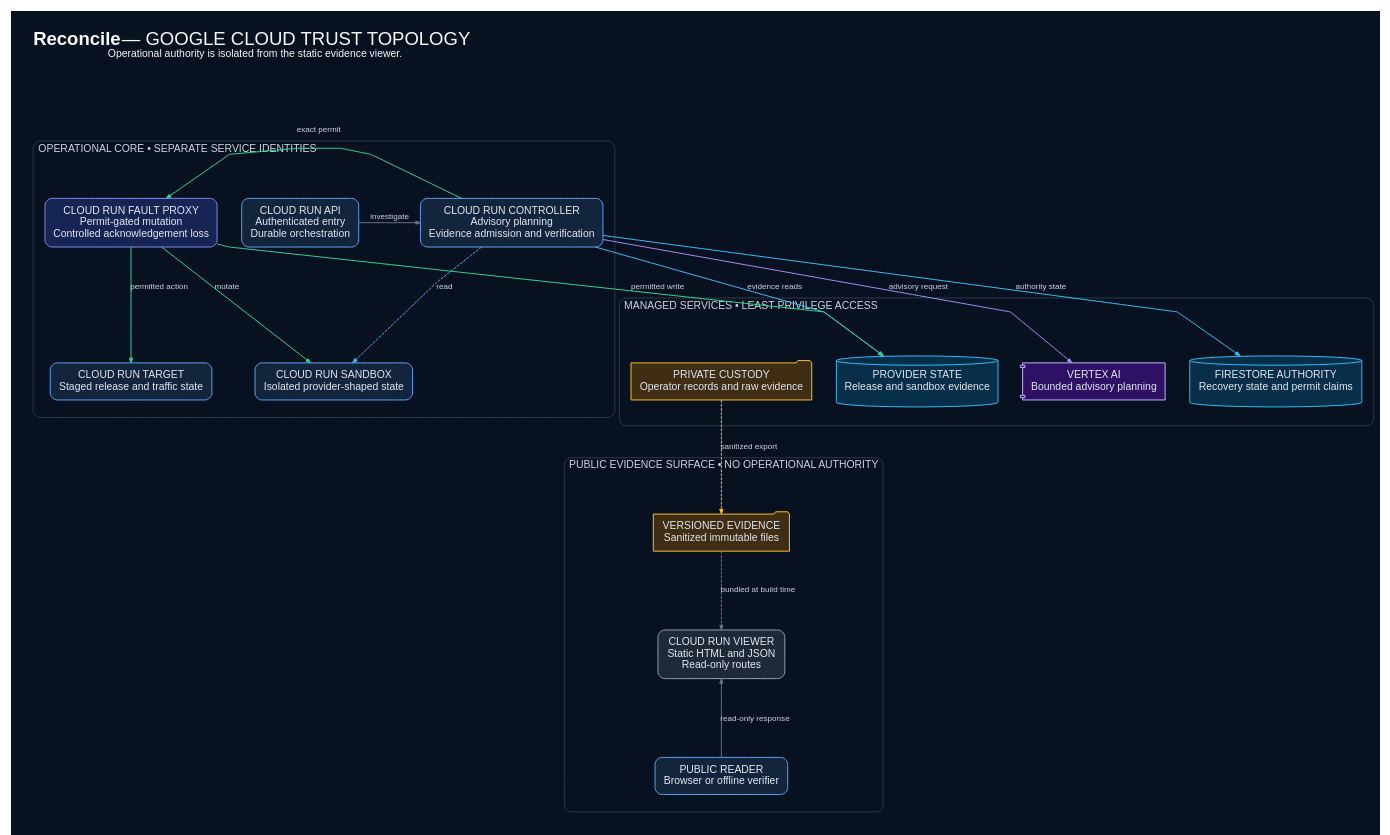
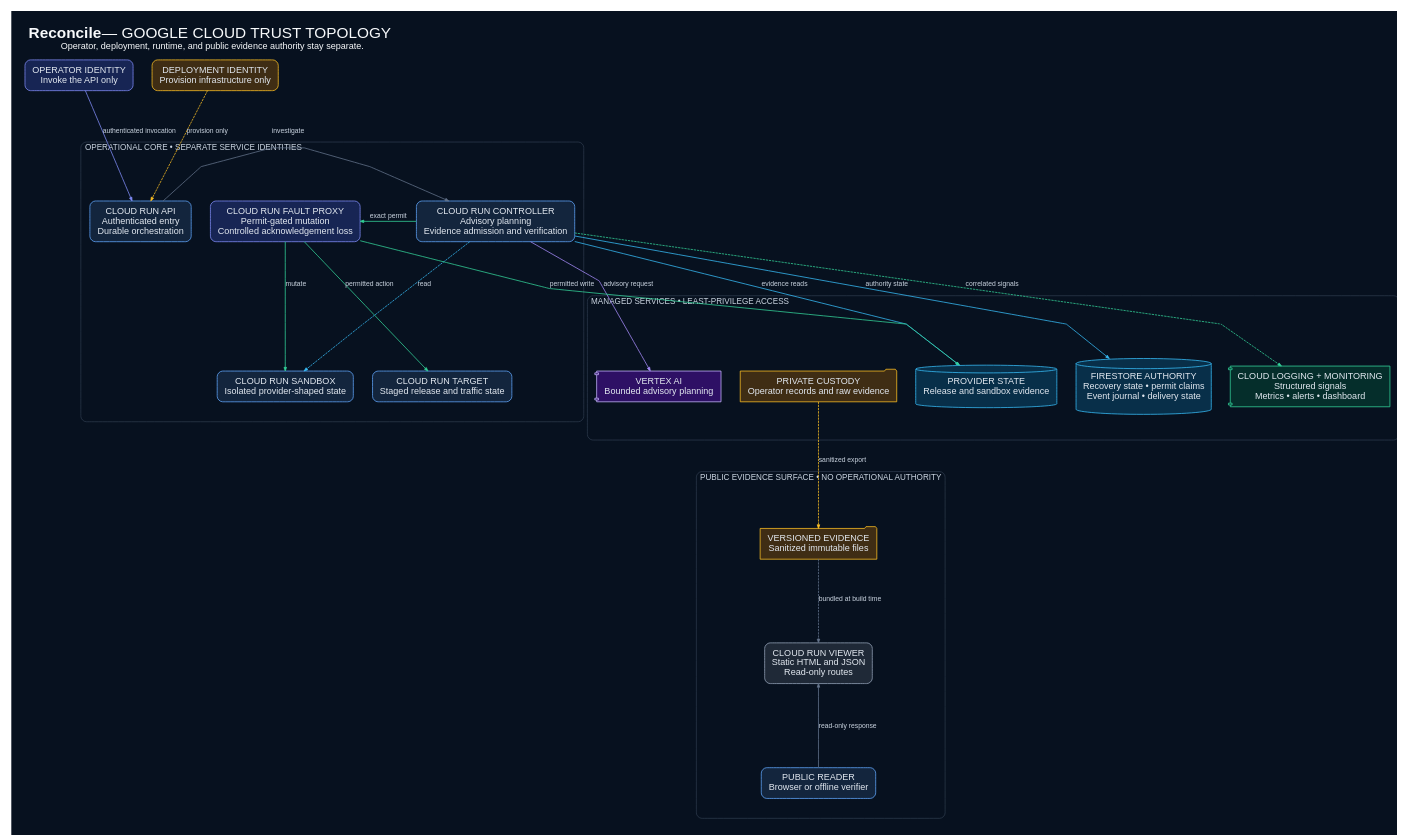
The diagram in docs/deployment.dot (OCHOLA-EDDYPHIL/reconcile), drawn with Graphviz before and after one commit. The commit also changed 21 other files, not shown here.

```diff
--- a/docs/deployment.dot
+++ b/docs/deployment.dot
@@ -1,137 +1,159 @@
 digraph ReconcileDeployment {
   graph [
     bgcolor="#07111f",
     fontname="Liberation Sans",
-    label=<<FONT POINT-SIZE="32"><B>Reconcile</B> — GOOGLE CLOUD TRUST TOPOLOGY</FONT><BR/><FONT POINT-SIZE="18">Operational authority is isolated from the static evidence viewer.</FONT>>,
+    label=<<FONT POINT-SIZE="34"><B>Reconcile</B> — GOOGLE CLOUD TRUST TOPOLOGY</FONT><BR/><FONT POINT-SIZE="20">Operator, deployment, runtime, and public evidence authority stay separate.</FONT>>,
     labelloc="t",
     labeljust="l",
     fontcolor="#f8fafc",
     pad=0.42,
     rankdir=TB,
     ranksep=1.18,
     nodesep=0.58,
     newrank=true,
     ratio=fill,
     size="14.3,8.0!",
     splines=polyline,
     compound=true
   ];
   node [
     shape=box,
     style="rounded,filled",
     fontname="Liberation Sans",
-    fontsize=18,
+    fontsize=20,
     fontcolor="#e2e8f0",
     color="#60a5fa",
     fillcolor="#13253d",
     margin="0.22,0.17",
     penwidth=1.7
   ];
   edge [
     fontname="Liberation Sans",
-    fontsize=14,
+    fontsize=15,
     fontcolor="#cbd5e1",
     color="#64748b",
     arrowsize=0.80,
     penwidth=1.7
+  ];
+
+  operator [
+    label="OPERATOR IDENTITY\nInvoke the API only",
+    fillcolor="#172554",
+    color="#818cf8"
+  ];
+  deployer [
+    label="DEPLOYMENT IDENTITY\nProvision infrastructure only",
+    fillcolor="#3f2d14",
+    color="#fbbf24"
   ];
 
   subgraph cluster_core {
     label="OPERATIONAL CORE • SEPARATE SERVICE IDENTITIES";
     fontname="Liberation Sans";
     fontsize=18;
     fontcolor="#cbd5e1";
     color="#475569";
     style="rounded";
     margin=20;
 
     api [label="CLOUD RUN API\nAuthenticated entry\nDurable orchestration"];
     controller [
       label="CLOUD RUN CONTROLLER\nAdvisory planning\nEvidence admission and verification"
     ];
     proxy [
       label="CLOUD RUN FAULT PROXY\nPermit-gated mutation\nControlled acknowledgement loss",
       fillcolor="#172554",
       color="#818cf8"
     ];
     target [label="CLOUD RUN TARGET\nStaged release and traffic state"];
     sandbox [label="CLOUD RUN SANDBOX\nIsolated provider-shaped state"];
 
     { rank=same; api; controller; proxy; }
     { rank=same; target; sandbox; }
     api -> controller [label="investigate"];
     controller -> proxy [label="exact permit", color="#34d399"];
     proxy -> target [label="permitted action", color="#34d399"];
     controller -> sandbox [label="read", style=dashed, color="#38bdf8"];
     proxy -> sandbox [label="mutate", color="#34d399"];
   }
 
   subgraph cluster_data {
     label="MANAGED SERVICES • LEAST-PRIVILEGE ACCESS";
     fontname="Liberation Sans";
     fontsize=18;
     fontcolor="#cbd5e1";
     color="#475569";
     style="rounded";
     margin=20;
 
     vertex [
       label="VERTEX AI\nBounded advisory planning",
       shape=component,
       fillcolor="#2e1065",
       color="#c4b5fd"
     ];
     authority [
-      label="FIRESTORE AUTHORITY\nRecovery state and permit claims",
+      label="FIRESTORE AUTHORITY\nRecovery state • permit claims\nEvent journal • delivery state",
       shape=cylinder,
       fillcolor="#082f49",
       color="#38bdf8"
     ];
     provider_state [
       label="PROVIDER STATE\nRelease and sandbox evidence",
       shape=cylinder,
       fillcolor="#082f49",
       color="#38bdf8"
     ];
     custody [
       label="PRIVATE CUSTODY\nOperator records and raw evidence",
       shape=folder,
       fillcolor="#3f2d14",
       color="#fbbf24"
     ];
+    observability [
+      label="CLOUD LOGGING + MONITORING\nStructured signals\nMetrics • alerts • dashboard",
+      shape=component,
+      fillcolor="#052e2b",
+      color="#34d399"
+    ];
 
-    { rank=same; authority; vertex; provider_state; custody; }
+    { rank=same; authority; vertex; provider_state; }
+    { rank=same; custody; observability; }
   }
 
   subgraph cluster_public {
     label="PUBLIC EVIDENCE SURFACE • NO OPERATIONAL AUTHORITY";
     fontname="Liberation Sans";
     fontsize=18;
     fontcolor="#cbd5e1";
     color="#475569";
     style="rounded";
     margin=20;
 
     versioned [
       label="VERSIONED EVIDENCE\nSanitized immutable files",
       shape=folder,
       fillcolor="#3f2d14",
       color="#fbbf24"
     ];
     viewer [
       label="CLOUD RUN VIEWER\nStatic HTML and JSON\nRead-only routes",
       fillcolor="#1f2937",
       color="#94a3b8"
     ];
     public [label="PUBLIC READER\nBrowser or offline verifier"];
 
     versioned -> viewer [label="bundled at build time", style=dashed];
     viewer -> public [label="read-only response", dir=back];
   }
 
+  { rank=same; operator; deployer; }
+  operator -> api [label="authenticated invocation", color="#818cf8"];
+  deployer -> api [label="provision only", style=dashed, color="#fbbf24"];
   controller -> vertex [label="advisory request", color="#a78bfa"];
   controller -> authority [label="authority state", color="#38bdf8"];
   controller -> provider_state [label="evidence reads", color="#38bdf8"];
+  controller -> observability [label="correlated signals", style=dashed, color="#34d399"];
   proxy -> provider_state [label="permitted write", color="#34d399"];
   custody -> versioned [label="sanitized export", style=dashed, color="#fbbf24"];
 }
```
